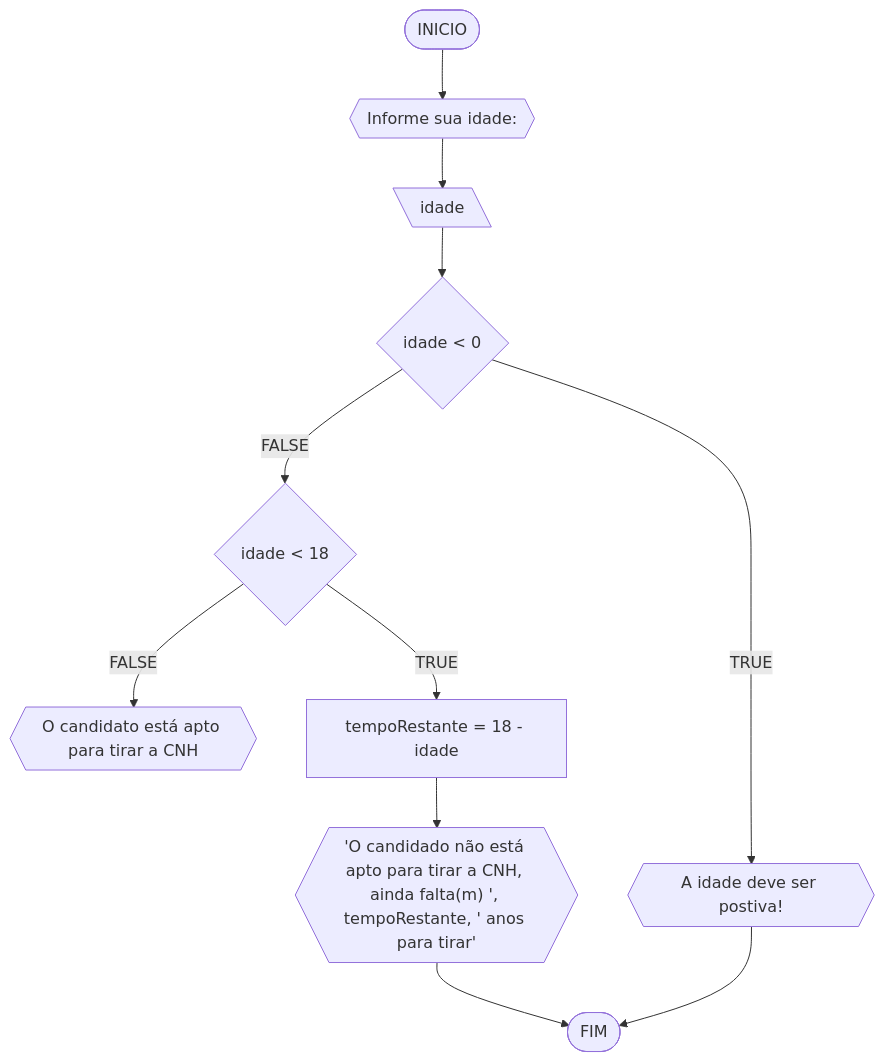
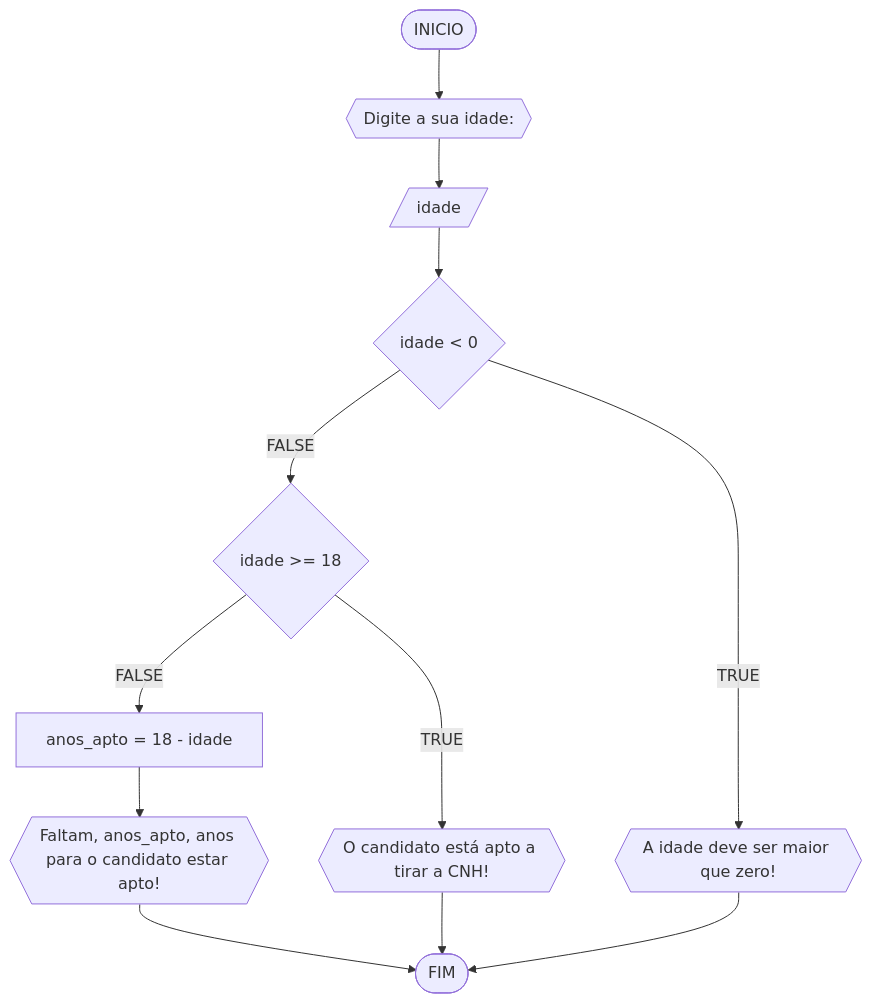
Before and after one commit to carollyra/UNIFOR: the fourth of 4 diagrams in RLA/lista1_exercicios.md, drawn with Mermaid. The commit also changed other lines of this file, not shown here.

````diff
--- a/RLA/lista1_exercicios.md
+++ b/RLA/lista1_exercicios.md
@@ -174,13 +210,14 @@
 ```mermaid
 flowchart TD
-A([INICIO]) --> B{{Informe sua idade:}}
-B --> C[\idade\]
-C --> E{idade < 0}
-E --FALSE--> F{idade < 18}
-F --FALSE--> G{{"O candidato está apto para tirar a CNH"}}
-F --TRUE--> H[tempoRestante = 18 - idade]
-H --> I{{"'O candidado não está apto para tirar a CNH, ainda falta(m) ', tempoRestante, ' anos para tirar'"}}
-E --TRUE--> J{{"A idade deve ser postiva!"}}
-I --> K([FIM])
-J --> K
+A([INICIO]) --> B{{"Digite a sua idade:"}}
+B --> C[/idade/]
+C --> D{idade < 0}
+D --FALSE--> E{idade >= 18}
+E --FALSE--> F[anos_apto = 18 - idade]
+F --> G{{Faltam, anos_apto, anos para o candidato estar apto!}}
+G --> H([FIM])
+E --TRUE--> I{{"O candidato está apto a tirar a CNH!"}}
+I --> H
+D --TRUE--> J{{"A idade deve ser maior que zero!"}}
+J --> H 
 ```
````
